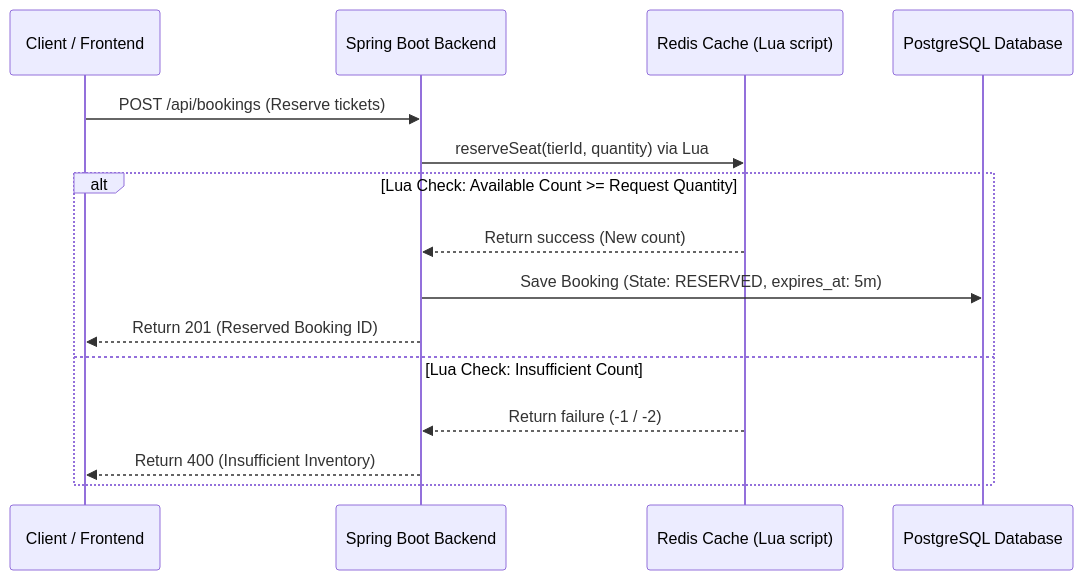
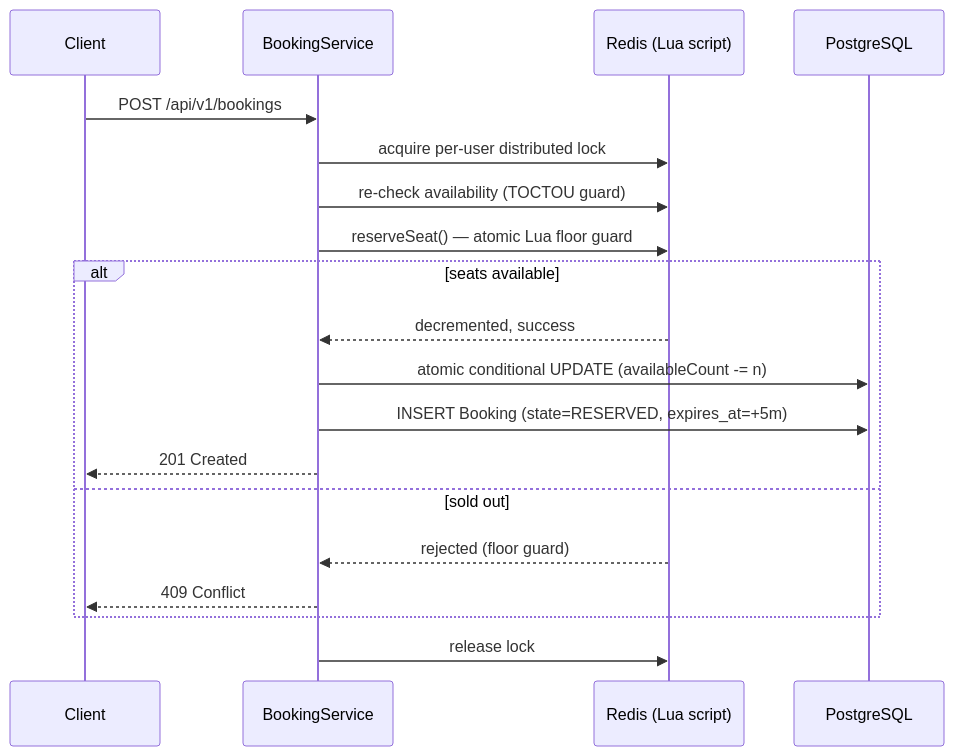
One commit to Sharawey74/Event-Ticketing-Platform changed the second of 2 diagrams in README.md. Above: the diagram before and after it, drawn with Mermaid. The commit also changed other lines of this file and 1 other file, not shown here.

````diff
--- a/README.md
+++ b/README.md
@@ -133,18 +89,22 @@
 ```mermaid
 sequenceDiagram
-    participant User as Client / Frontend
-    participant App as Spring Boot Backend
-    participant Redis as Redis Cache (Lua script)
-    participant DB as PostgreSQL Database
-    
-    User->>App: POST /api/bookings (Reserve tickets)
-    App->>Redis: reserveSeat(tierId, quantity) via Lua
-    alt Lua Check: Available Count >= Request Quantity
-        Redis-->>App: Return success (New count)
-        App->>DB: Save Booking (State: RESERVED, expires_at: 5m)
-        App-->>User: Return 201 (Reserved Booking ID)
-    else Lua Check: Insufficient Count
-        Redis-->>App: Return failure (-1 / -2)
-        App-->>User: Return 400 (Insufficient Inventory)
+    participant User as Client
+    participant App as BookingService
+    participant Redis as Redis (Lua script)
+    participant DB as PostgreSQL
+
+    User->>App: POST /api/v1/bookings
+    App->>Redis: acquire per-user distributed lock
+    App->>Redis: re-check availability (TOCTOU guard)
+    App->>Redis: reserveSeat() — atomic Lua floor guard
+    alt seats available
+        Redis-->>App: decremented, success
+        App->>DB: atomic conditional UPDATE (availableCount -= n)
+        App->>DB: INSERT Booking (state=RESERVED, expires_at=+5m)
+        App-->>User: 201 Created
+    else sold out
+        Redis-->>App: rejected (floor guard)
+        App-->>User: 409 Conflict
     end
+    App->>Redis: release lock
 ```
````
